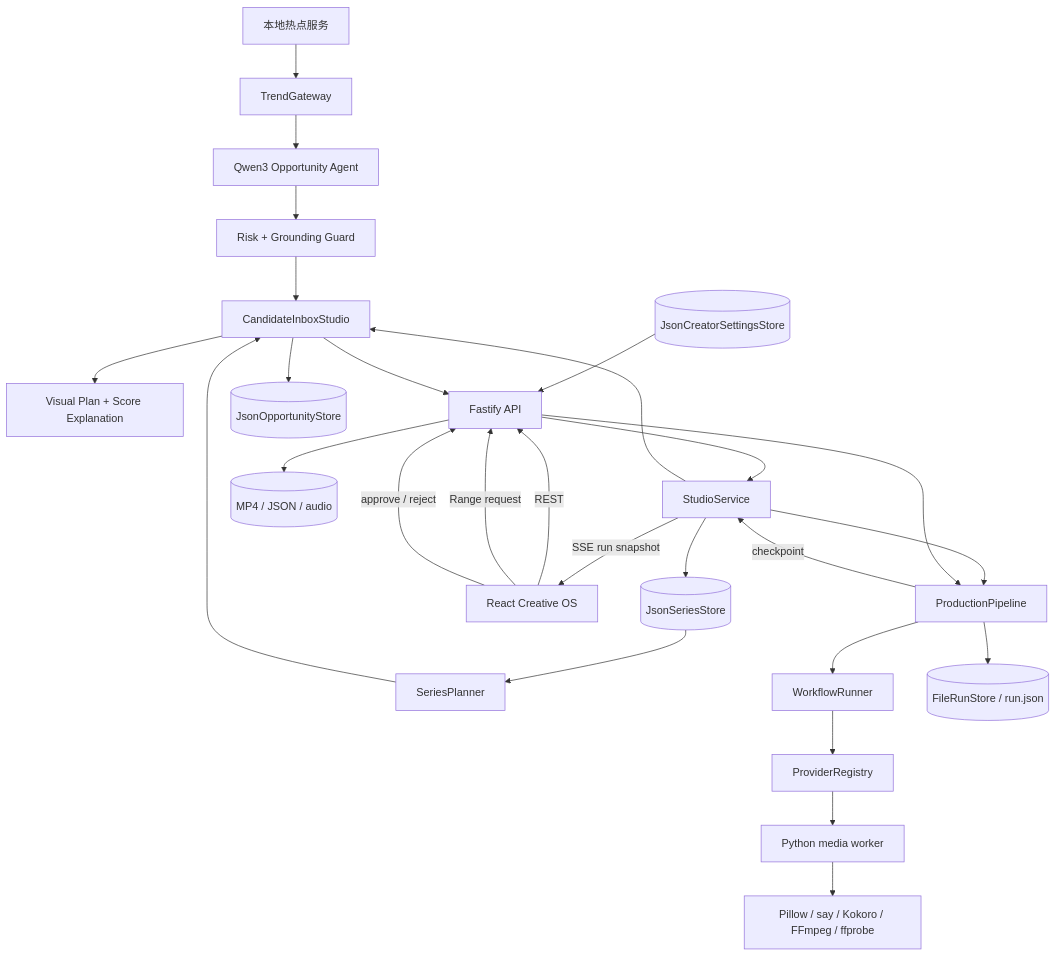
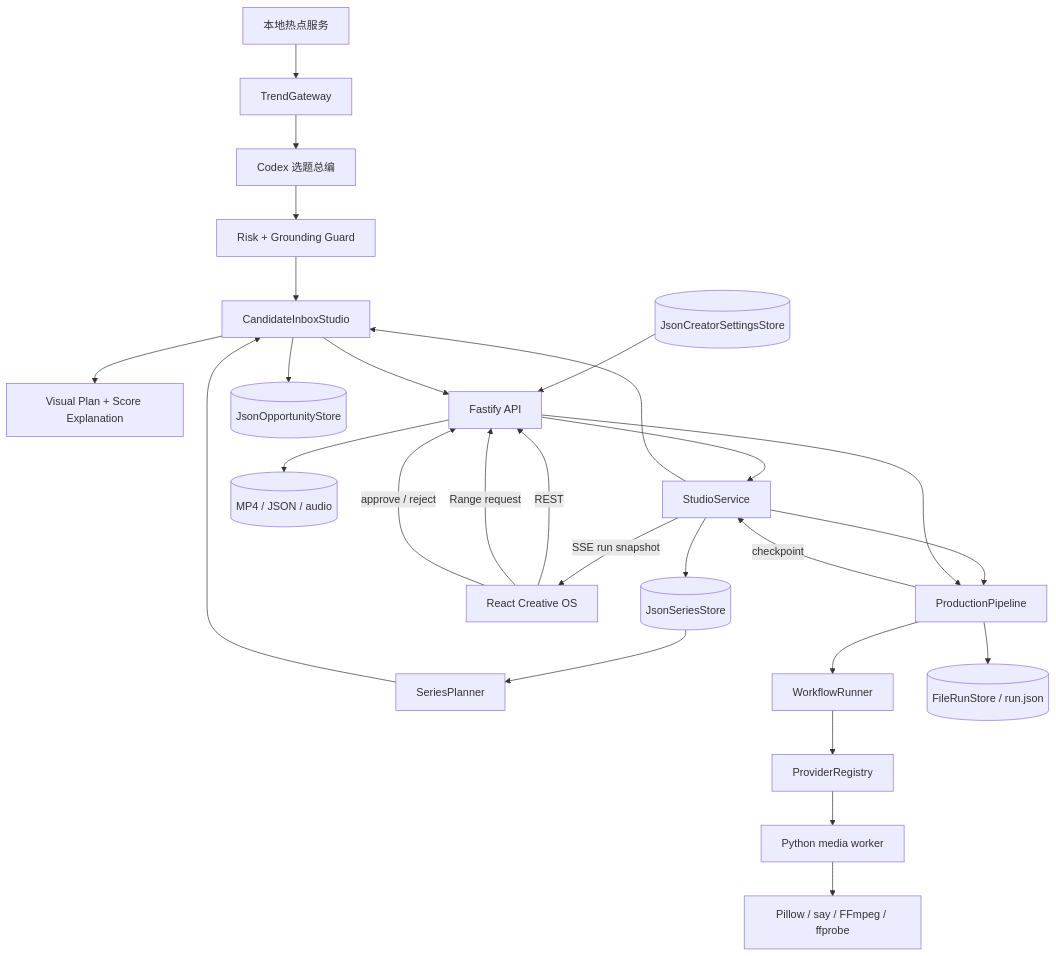
Before and after one commit to yaoziyaoguai/video-factory: the second of 2 diagrams in docs/guides/web-studio.md, drawn with Mermaid. The commit also changed other lines of this file and 71 other files, not shown here.

````diff
--- a/docs/guides/web-studio.md
+++ b/docs/guides/web-studio.md
@@ -171,29 +168,29 @@
 ```mermaid
 flowchart TB
     Trends[本地热点服务] --> Gateway[TrendGateway]
-    Gateway --> Agent[Qwen3 Opportunity Agent]
+    Gateway --> Agent[Codex 选题总编]
     Agent --> Guard[Risk + Grounding Guard]
     Guard --> Inbox[CandidateInboxStudio]
     Series[(JsonSeriesStore)] --> Planner[SeriesPlanner]
     Planner --> Inbox
     Inbox --> Visual[Visual Plan + Score Explanation]
     Settings[(JsonCreatorSettingsStore)] --> API
     Inbox --> Opportunities[(JsonOpportunityStore)]
     Inbox --> API[Fastify API]
     Browser[React Creative OS] -->|REST| API
     API --> Service[StudioService]
     Service --> Inbox
     Service --> Series
     Service --> Pipeline[ProductionPipeline]
     Pipeline --> Runner[WorkflowRunner]
     Runner --> Registry[ProviderRegistry]
     Registry --> Worker[Python media worker]
-    Worker --> Media[Pillow / say / Kokoro / FFmpeg / ffprobe]
+    Worker --> Media[Pillow / say / FFmpeg / ffprobe]
     Pipeline --> Runs[(FileRunStore / run.json)]
     Pipeline -->|checkpoint| Service
     Service -->|SSE run snapshot| Browser
     Browser -->|Range request| API
     API --> Artifacts[(MP4 / JSON / audio)]
     Browser -->|approve / reject| API
     API --> Pipeline
 ```
````
